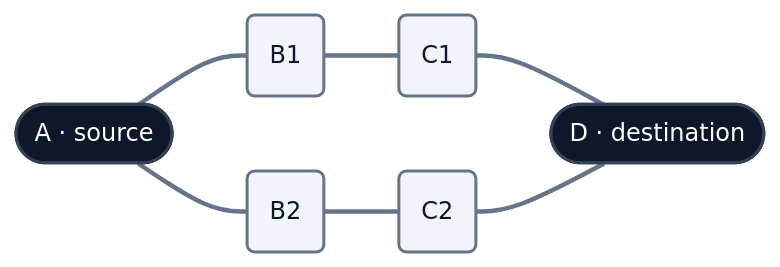
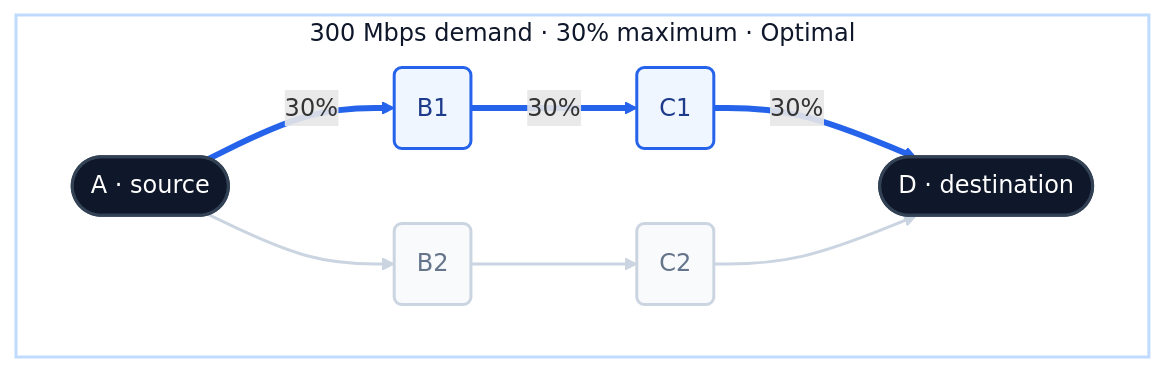
The first of 4 diagrams in AINETOPS-IETF127-Hackathon.md (dan-voyer/IETF-Hackathon), drawn with Mermaid before and after one commit. The commit also changed other lines of this file, not shown here.

Commit message:
Polish three-stage lab diagrams and align them with simulation results

````diff
--- a/AINETOPS-IETF127-Hackathon.md
+++ b/AINETOPS-IETF127-Hackathon.md
@@ -69,15 +75,22 @@
 ```mermaid
 flowchart LR
-    A(["A · source"]) --- B1("B1")
-    B1 --- C1("C1")
-    C1 --- D(["D · destination"])
-    A --- B2("B2")
-    B2 --- C2("C2")
-    C2 --- D
+    subgraph RUN["300 Mbps demand · 30% maximum · Optimal"]
+        direction LR
+        A(["A · source"]) -->|"30%"| B1("B1")
+        B1 -->|"30%"| C1("C1")
+        C1 -->|"30%"| D(["D · destination"])
+        A -->B2("B2")
+        B2 -->C2("C2")
+        C2 -->D
+    end
 
     classDef endpoint fill:#0f172a,stroke:#334155,color:#ffffff,stroke-width:2px
-    classDef router fill:#f1f5f9,stroke:#64748b,color:#0f172a,stroke-width:2px
+    classDef upper fill:#eff6ff,stroke:#2563eb,color:#1e3a8a,stroke-width:2px
+    classDef lower fill:#f8fafc,stroke:#cbd5e1,color:#64748b,stroke-width:2px
     class A,D endpoint
-    class B1,B2,C1,C2 router
-    linkStyle 0,1,2,3,4,5 stroke:#64748b,stroke-width:3px
+    class B1,C1 upper
+    class B2,C2 lower
+    linkStyle 0,1,2 stroke:#2563eb,stroke-width:4px
+    linkStyle 3,4,5 stroke:#cbd5e1,stroke-width:2px
+    style RUN fill:#ffffff,stroke:#bfdbfe,stroke-width:2px,color:#0f172a
 ```
````
